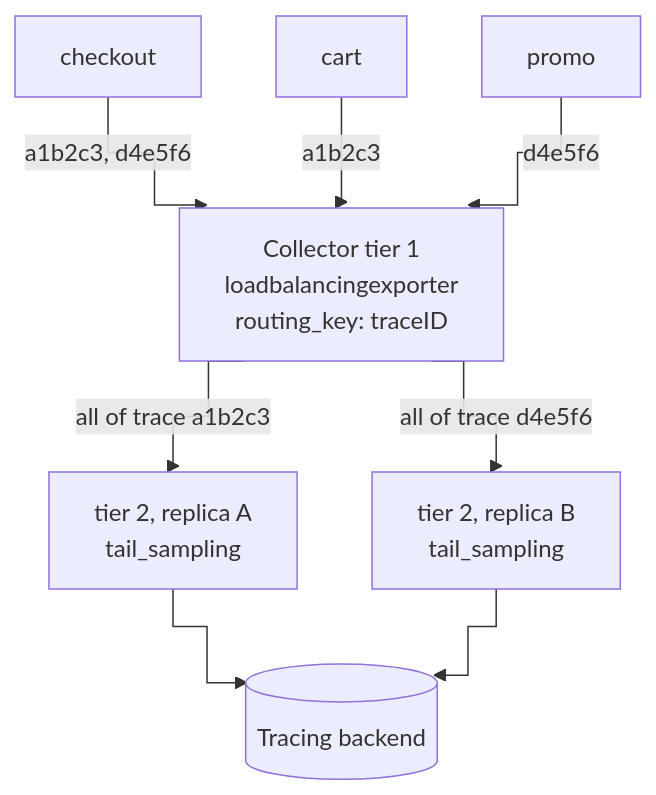
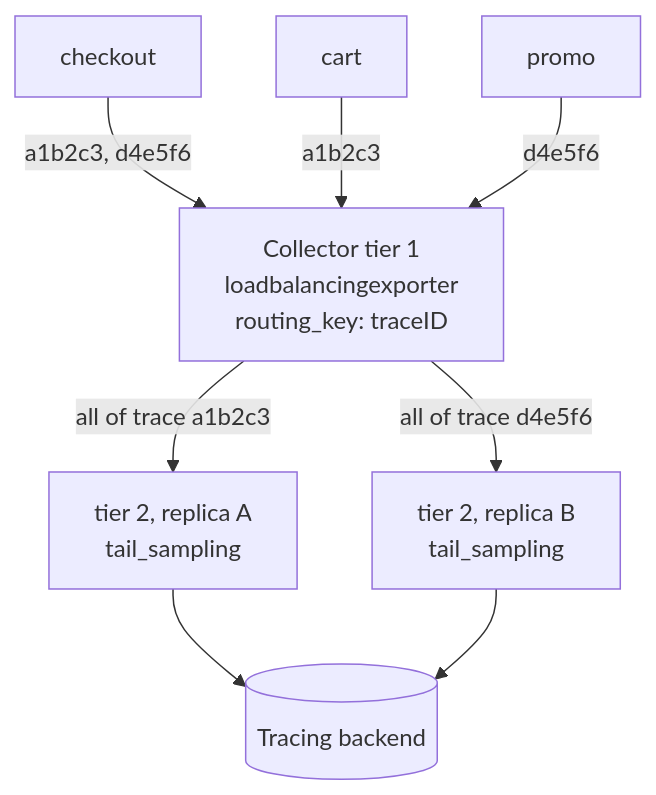
One commit to radra23/scryops-site changed the diagram in content/articles/distributed-tracing-dashboard-was-green.md. Above: the diagram before and after it, drawn with Mermaid. The commit also changed 62 other files, not shown here.

```diff
--- a/content/articles/distributed-tracing-dashboard-was-green.md
+++ b/content/articles/distributed-tracing-dashboard-was-green.md
@@ -103,12 +103,11 @@
 {{< mermaid alt="A first Collector tier with the load-balancing exporter routes every span of a trace to the same tail-sampling replica" caption="Fig. 3 — Route by trace ID first, so each sampling replica sees whole traces." >}}
-%%{init: {"flowchart": {"curve": "step"}}}%%
 flowchart TD
     A[checkout] -->|"a1b2c3, d4e5f6"| LB
     B[cart] -->|"a1b2c3"| LB
     C[promo] -->|"d4e5f6"| LB
     LB["Collector tier 1<br/>loadbalancingexporter<br/>routing_key: traceID"]
     LB -->|"all of trace a1b2c3"| R1["tier 2, replica A<br/>tail_sampling"]
     LB -->|"all of trace d4e5f6"| R2["tier 2, replica B<br/>tail_sampling"]
     R1 --> BE[("Tracing backend")]
     R2 --> BE
 {{< /mermaid >}}
```
